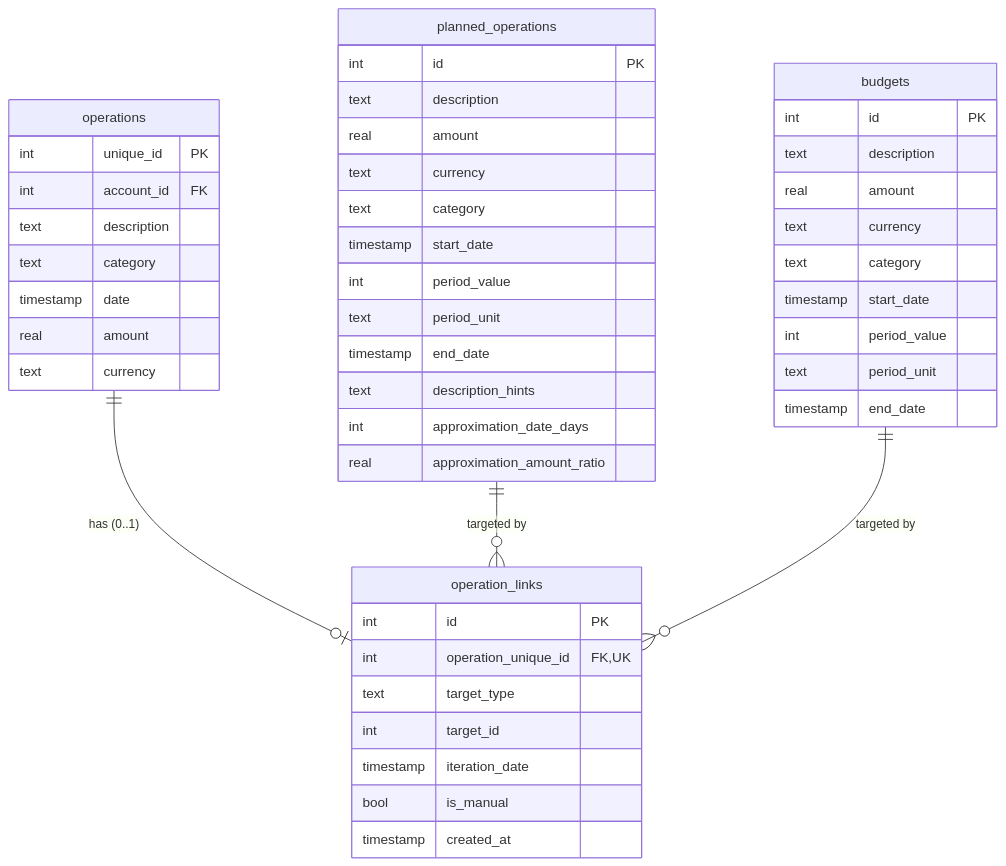
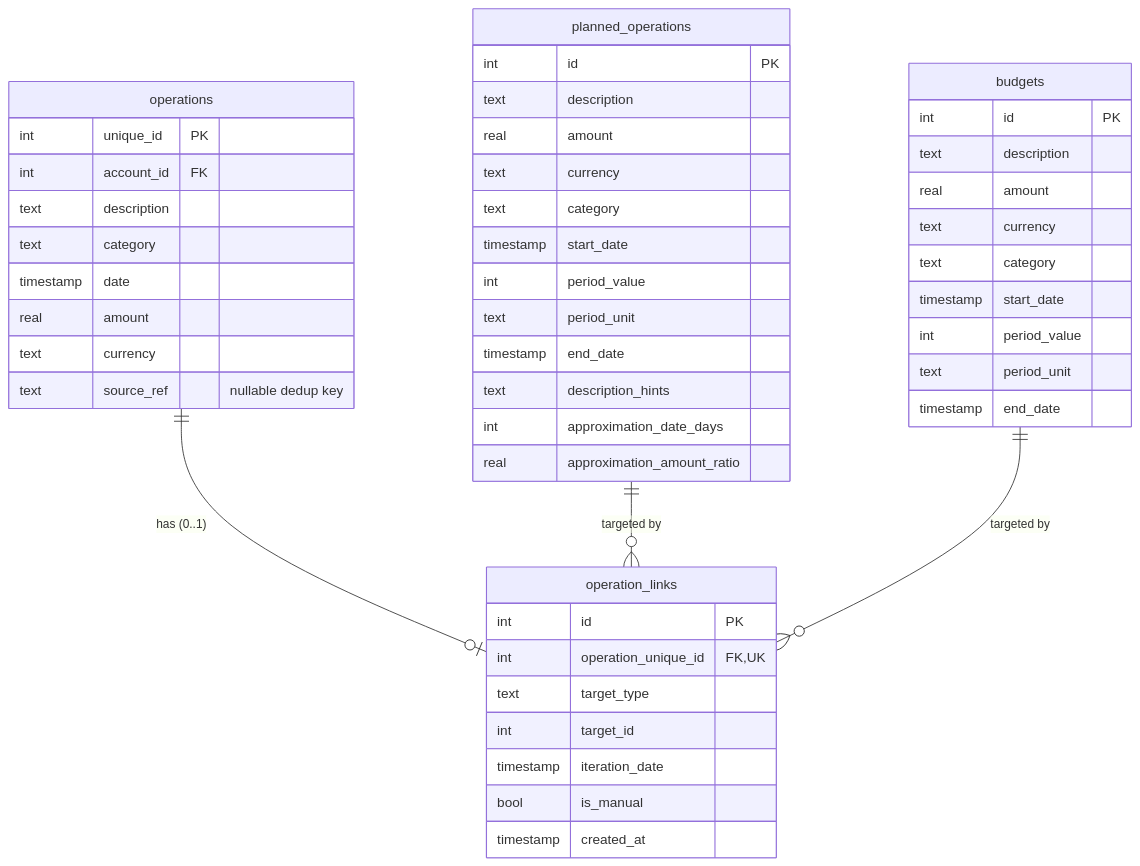
The second of 3 diagrams in docs/dev/persistence.md (corentin-core/budget-forecaster), drawn with Mermaid before and after one commit. The commit also changed other lines of this file and 18 other files, not shown here.

````diff
--- a/docs/dev/persistence.md
+++ b/docs/dev/persistence.md
@@ -63,53 +63,54 @@
 ```mermaid
 erDiagram
     operations {
         int unique_id PK
         int account_id FK
         text description
         text category
         timestamp date
         real amount
         text currency
+        text source_ref "nullable dedup key"
     }
 
     planned_operations {
         int id PK
         text description
         real amount
         text currency
         text category
         timestamp start_date
         int period_value
         text period_unit
         timestamp end_date
         text description_hints
         int approximation_date_days
         real approximation_amount_ratio
     }
 
     budgets {
         int id PK
         text description
         real amount
         text currency
         text category
         timestamp start_date
         int period_value
         text period_unit
         timestamp end_date
     }
 
     operation_links {
         int id PK
         int operation_unique_id FK,UK
         text target_type
         int target_id
         timestamp iteration_date
         bool is_manual
         timestamp created_at
     }
 
     operations ||--o| operation_links : "has (0..1)"
     planned_operations ||--o{ operation_links : "targeted by"
     budgets ||--o{ operation_links : "targeted by"
 ```
````
